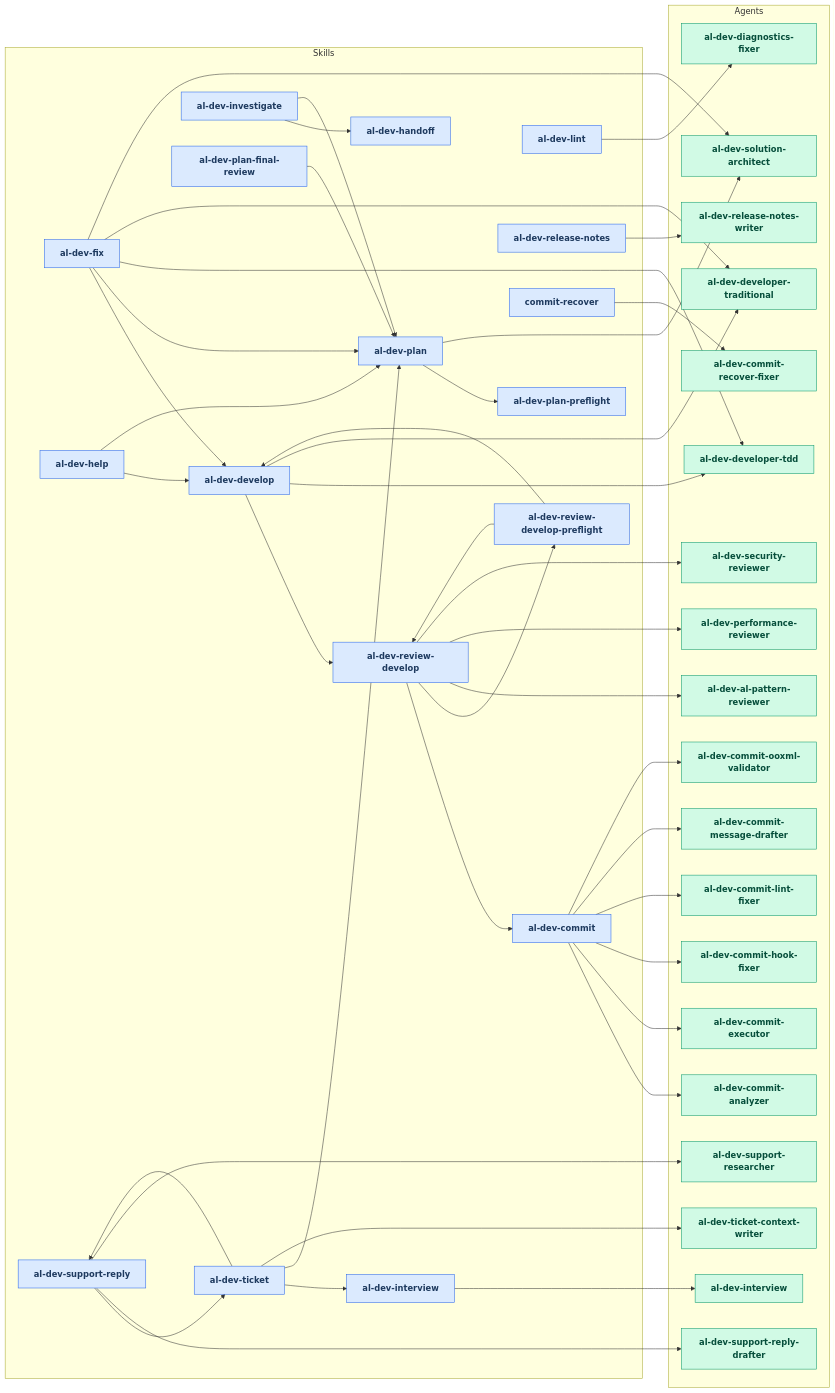
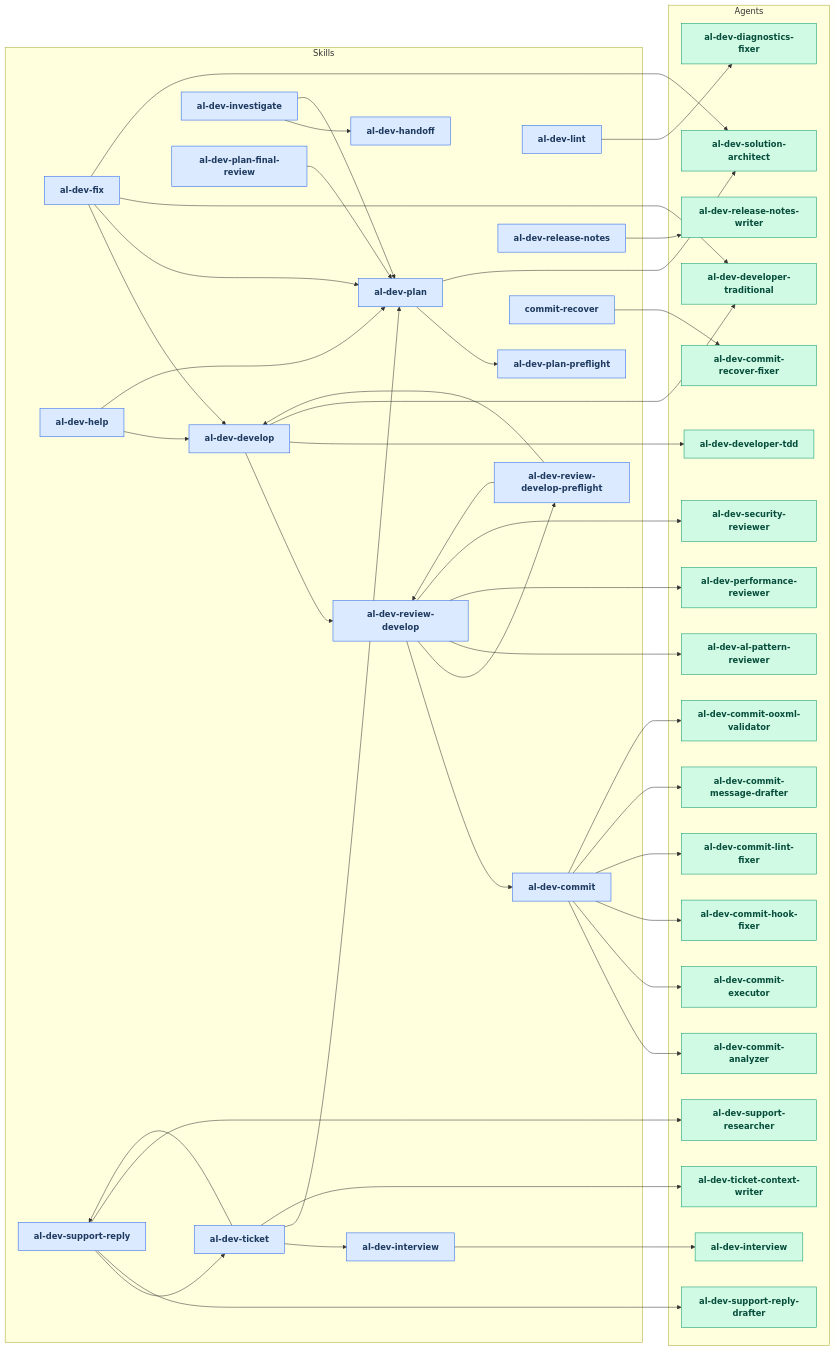
One commit to russell-laing/al-dev-shared changed the first of 2 diagrams in docs/al-dev-workflow-diagrams.md. Above: the diagram before and after it, drawn with Mermaid. The commit also changed other lines of this file and 4 other files, not shown here.

```diff
--- a/docs/al-dev-workflow-diagrams.md
+++ b/docs/al-dev-workflow-diagrams.md
@@ -77,7 +77,6 @@
     skill_al_dev_commit --> agent_al_dev_commit_ooxml_validator
     skill_al_dev_develop --> agent_al_dev_developer_tdd
     skill_al_dev_develop --> agent_al_dev_developer_traditional
-    skill_al_dev_fix --> agent_al_dev_developer_tdd
     skill_al_dev_fix --> agent_al_dev_developer_traditional
     skill_al_dev_fix --> agent_al_dev_solution_architect
     skill_al_dev_interview --> agent_al_dev_interview
```
